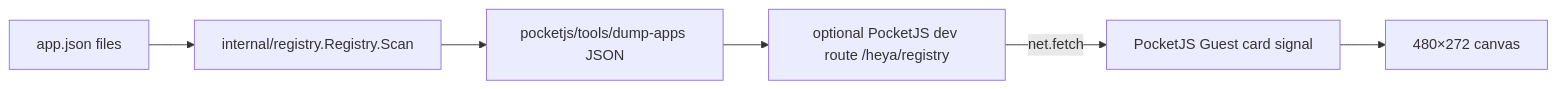
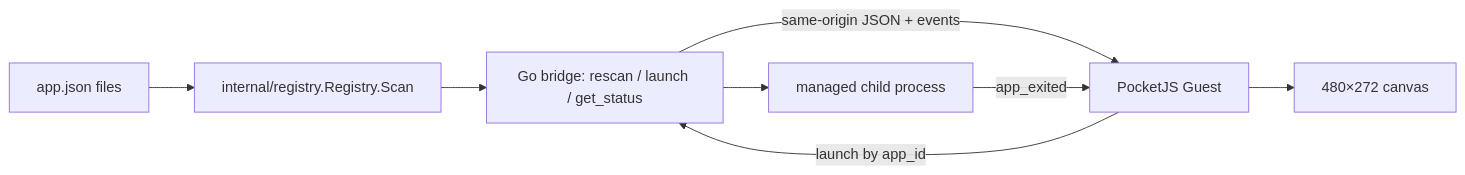
The diagram in docs/pocketjs-evaluation.md (iamcheyan/heya), drawn with Mermaid before and after one commit. The commit also changed other lines of this file and 12 other files, not shown here.

Commit message:
feat(pocketjs): add launcher lifecycle bridge

````diff
--- a/docs/pocketjs-evaluation.md
+++ b/docs/pocketjs-evaluation.md
@@ -39,8 +39,10 @@
 ```mermaid
 flowchart LR
   M[app.json files] --> R[internal/registry.Registry.Scan]
-  R --> D[pocketjs/tools/dump-apps JSON]
-  D --> B[optional PocketJS dev route /heya/registry]
-  B -->|net.fetch| G[PocketJS Guest card signal]
+  R --> B[Go bridge: rescan / launch / get_status]
+  B -->|same-origin JSON + events| G[PocketJS Guest]
   G --> U[480×272 canvas]
+  G -->|launch by app_id| B
+  B --> A[managed child process]
+  A -->|app_exited| G
 ```
````
